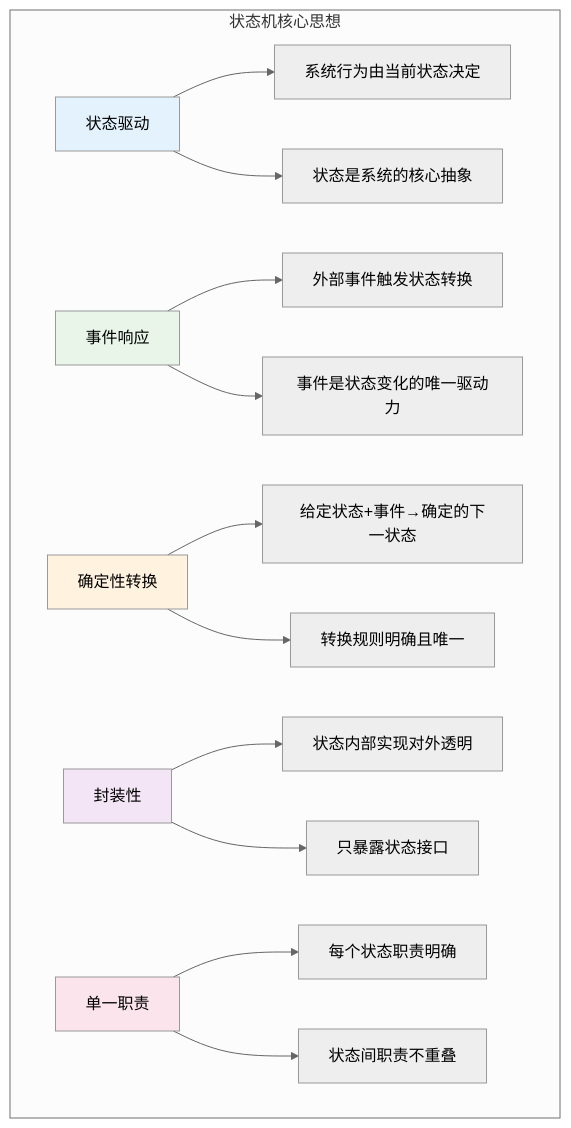
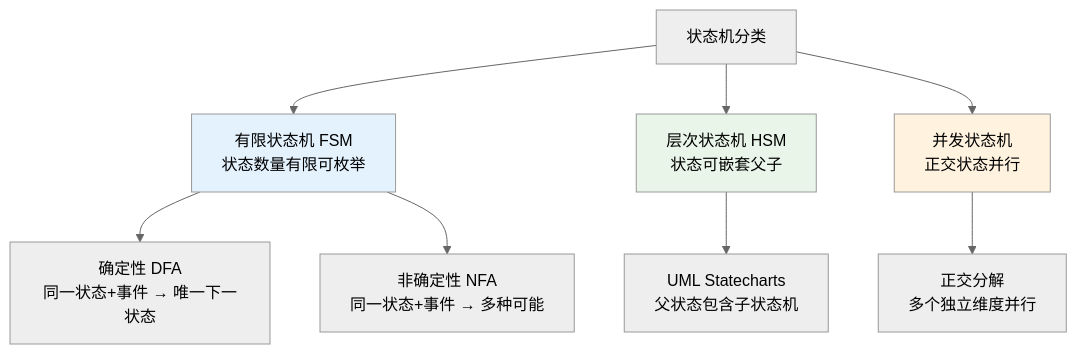
Before and after one commit to chongyang211/YCBookBlog: the fourth of 18 diagrams in 00.通用技术的提升/07.方案设计思想/6.研发的效能/28.状态机设计的思想.md, drawn with Mermaid (neutral theme). The commit also changed other lines of this file and 5 other files, not shown here.

````diff
--- a/00.通用技术的提升/07.方案设计思想/6.研发的效能/28.状态机设计的思想.md
+++ b/00.通用技术的提升/07.方案设计思想/6.研发的效能/28.状态机设计的思想.md
@@ -903,25 +163,17 @@
 ```mermaid
 graph TD
-    subgraph "状态机核心思想"
-        A[状态驱动] --> A1[系统行为由当前状态决定]
-        A --> A2[状态是系统的核心抽象]
-        
-        B[事件响应] --> B1[外部事件触发状态转换]
-        B --> B2[事件是状态变化的唯一驱动力]
-        
-        C[确定性转换] --> C1[给定状态+事件→确定的下一状态]
-        C --> C2[转换规则明确且唯一]
-        
-        D[封装性] --> D1[状态内部实现对外透明]
-        D --> D2[只暴露状态接口]
-        
-        E[单一职责] --> E1[每个状态职责明确]
-        E --> E2[状态间职责不重叠]
-    end
+    SM[状态机分类] --> FSM[有限状态机 FSM<br/>状态数量有限可枚举]
+    SM --> HSM[层次状态机 HSM<br/>状态可嵌套父子]
+    SM --> Concur[并发状态机<br/>正交状态并行]
     
-    style A fill:#e3f2fd
-    style B fill:#e8f5e8
-    style C fill:#fff3e0
-    style D fill:#f3e5f5
-    style E fill:#fce4ec
+    FSM --> DFA[确定性 DFA<br/>同一状态+事件 → 唯一下一状态]
+    FSM --> NFA[非确定性 NFA<br/>同一状态+事件 → 多种可能]
+    
+    HSM --> UML[UML Statecharts<br/>父状态包含子状态机]
+    
+    Concur --> Ortho[正交分解<br/>多个独立维度并行]
+    
+    style FSM fill:#e3f2fd
+    style HSM fill:#e8f5e8
+    style Concur fill:#fff3e0
 ```
````
